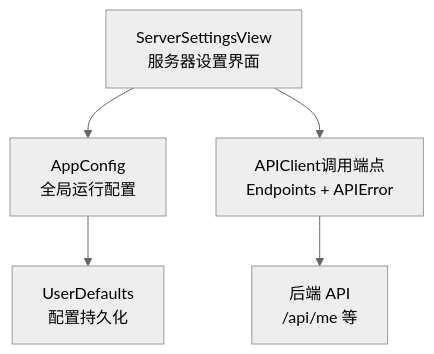
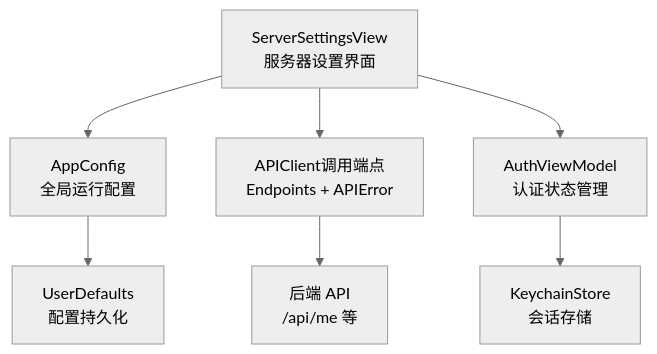
The first of 6 diagrams in .qoder/repowiki/zh/content/iOS 原生应用/认证模块/服务器设置界面.md (javaandnet/ainovel), drawn with Mermaid (neutral theme) before and after one commit. The commit also changed other lines of this file and 89 other files, not shown here.

````diff
--- a/.qoder/repowiki/zh/content/iOS 原生应用/认证模块/服务器设置界面.md
+++ b/.qoder/repowiki/zh/content/iOS 原生应用/认证模块/服务器设置界面.md
@@ -40,7 +51,9 @@
 ```mermaid
 graph TB
 UI["ServerSettingsView<br/>服务器设置界面"] --> CFG["AppConfig<br/>全局运行配置"]
 UI --> NET["APIClient调用端点<br/>Endpoints + APIError"]
 NET --> API["后端 API<br/>/api/me 等"]
 CFG --> UD["UserDefaults<br/>配置持久化"]
+UI --> AUTH["AuthViewModel<br/>认证状态管理"]
+AUTH --> KEYCHAIN["KeychainStore<br/>会话存储"]
 ```
````
